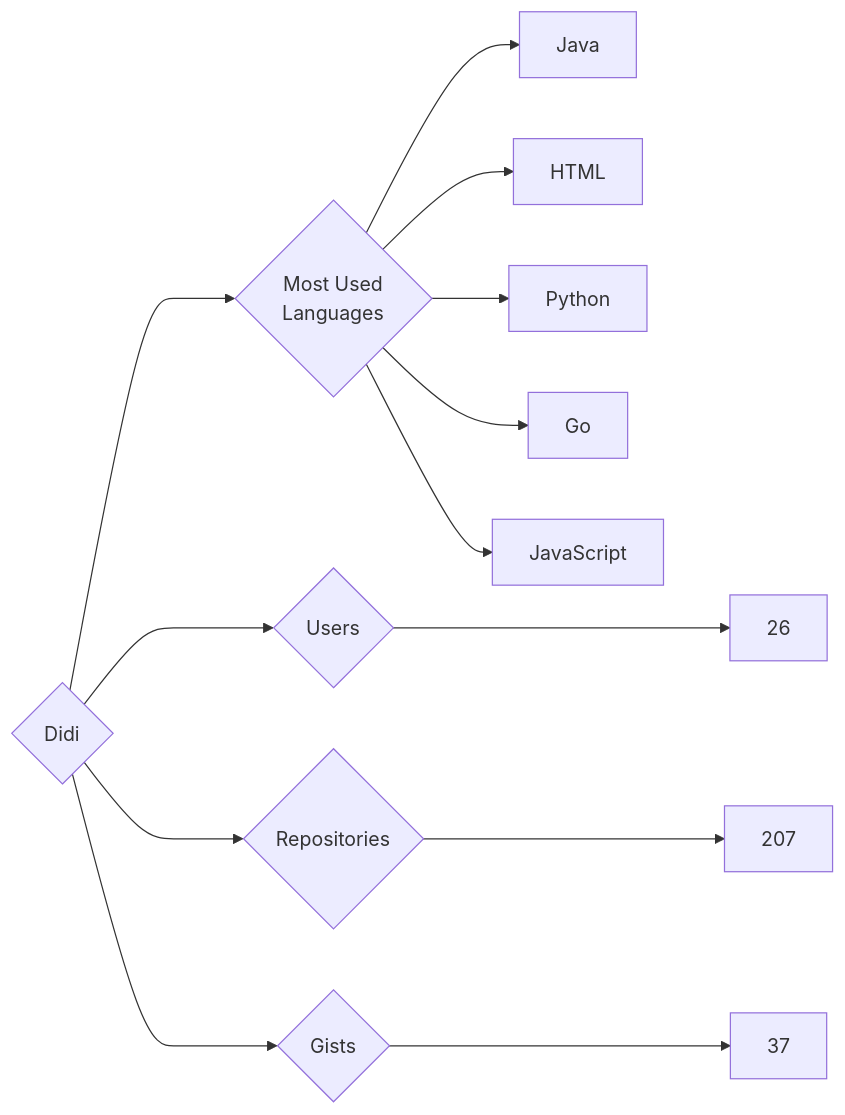
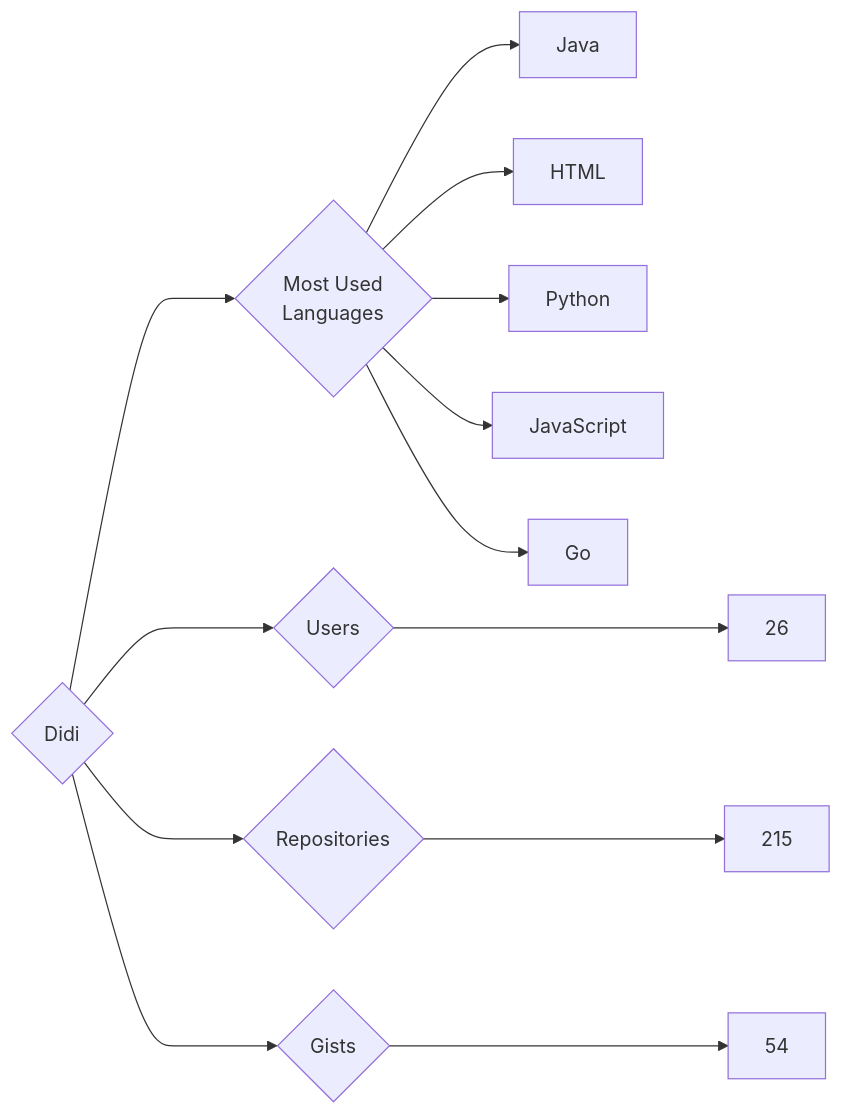
One commit to trickest/insiders changed the diagram in targets/Didi/README.md. Above: the diagram before and after it, drawn with Mermaid. The commit also changed 750 other files, not shown here.

````diff
--- a/targets/Didi/README.md
+++ b/targets/Didi/README.md
@@ -3,13 +3,13 @@
 ```mermaid
 graph LR
 COMPANY_NAME{Didi}
 COMPANY_NAME ---> U{Users} ---> UN[26]
-COMPANY_NAME ---> R{Repositories} ---> RN[207]
-COMPANY_NAME ---> G{Gists} ---> GN[37]
+COMPANY_NAME ---> R{Repositories} ---> RN[215]
+COMPANY_NAME ---> G{Gists} ---> GN[54]
 COMPANY_NAME ---> ML{Most Used<br>Languages}
 ML --> Java[Java]
 ML --> HTML[HTML]
 ML --> Python[Python]
+ML --> JavaScript[JavaScript]
 ML --> Go[Go]
-ML --> JavaScript[JavaScript]
 ```
````
